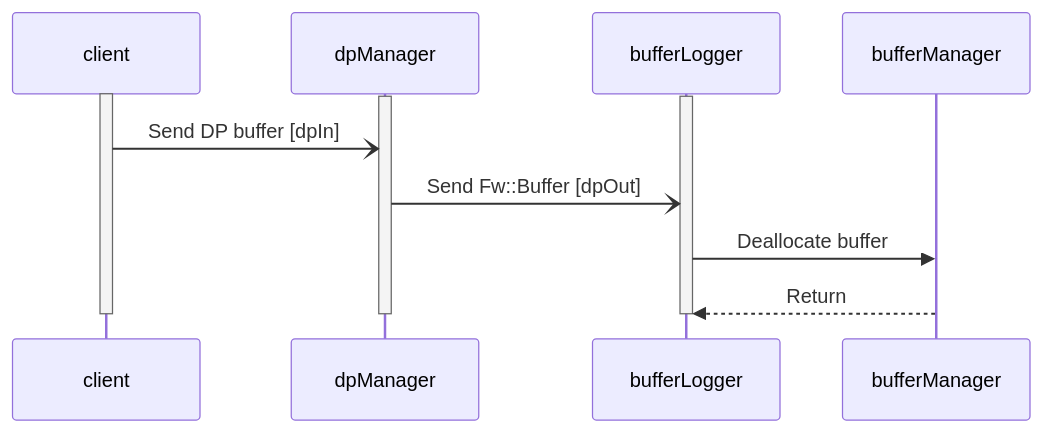
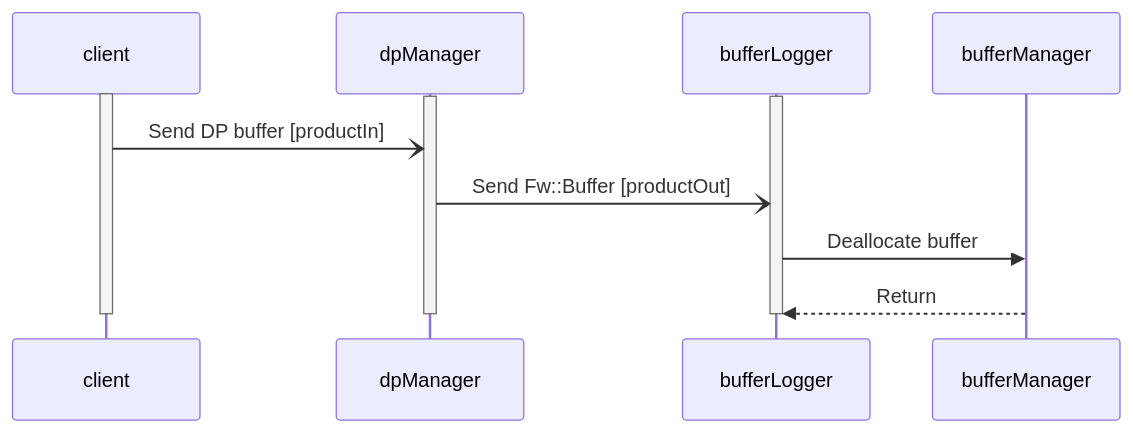
Before and after one commit to bocchino/fprime: the second of 2 diagrams in Svc/DpManager/docs/sdd.md, drawn with Mermaid. The commit also changed other lines of this file, not shown here.

Commit message:
Revise DpManager SDD

````diff
--- a/Svc/DpManager/docs/sdd.md
+++ b/Svc/DpManager/docs/sdd.md
@@ -160,13 +160,13 @@
 ```mermaid
 sequenceDiagram
     activate client
     activate dpManager
     activate bufferLogger
-    client-)dpManager: Send DP buffer [dpIn]
-    dpManager-)bufferLogger: Send Fw::Buffer [dpOut]
+    client-)dpManager: Send DP buffer [productIn]
+    dpManager-)bufferLogger: Send Fw::Buffer [productOut]
     bufferLogger->>bufferManager: Deallocate buffer
     bufferManager-->>bufferLogger: Return
     deactivate bufferLogger
     deactivate dpManager
     deactivate client
 ```
````
